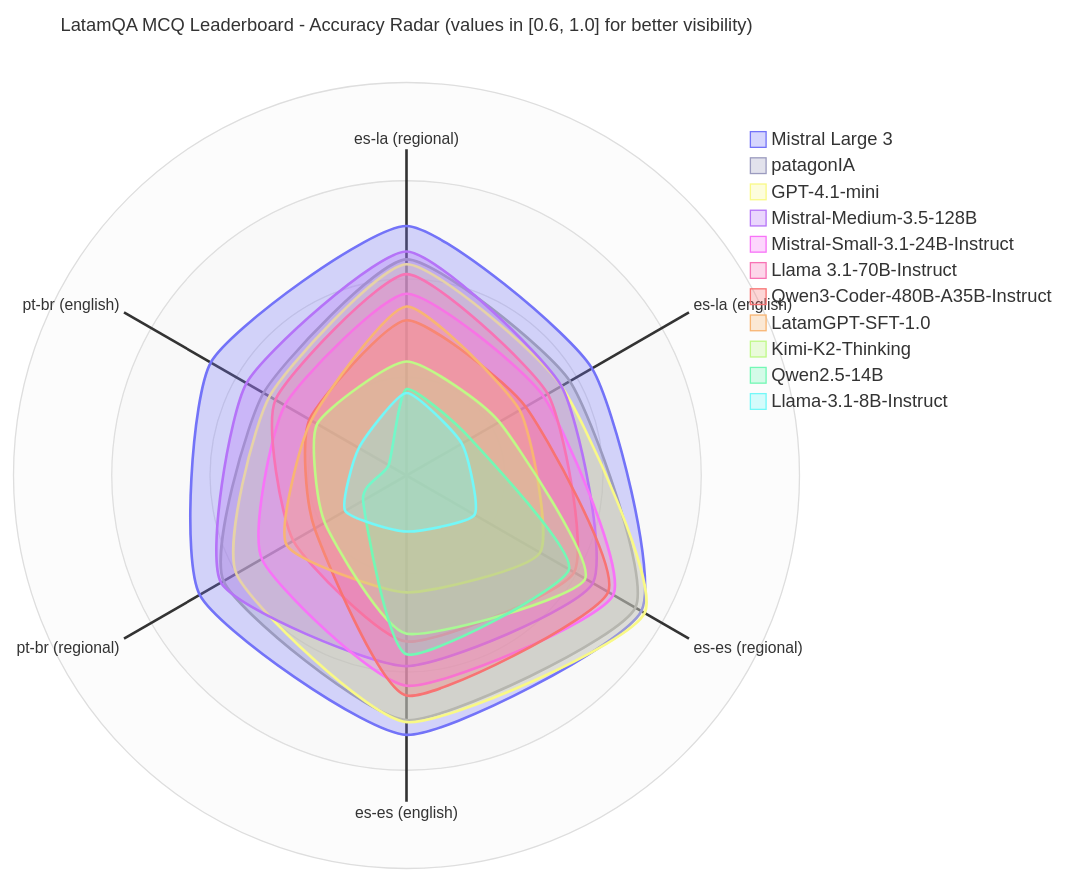
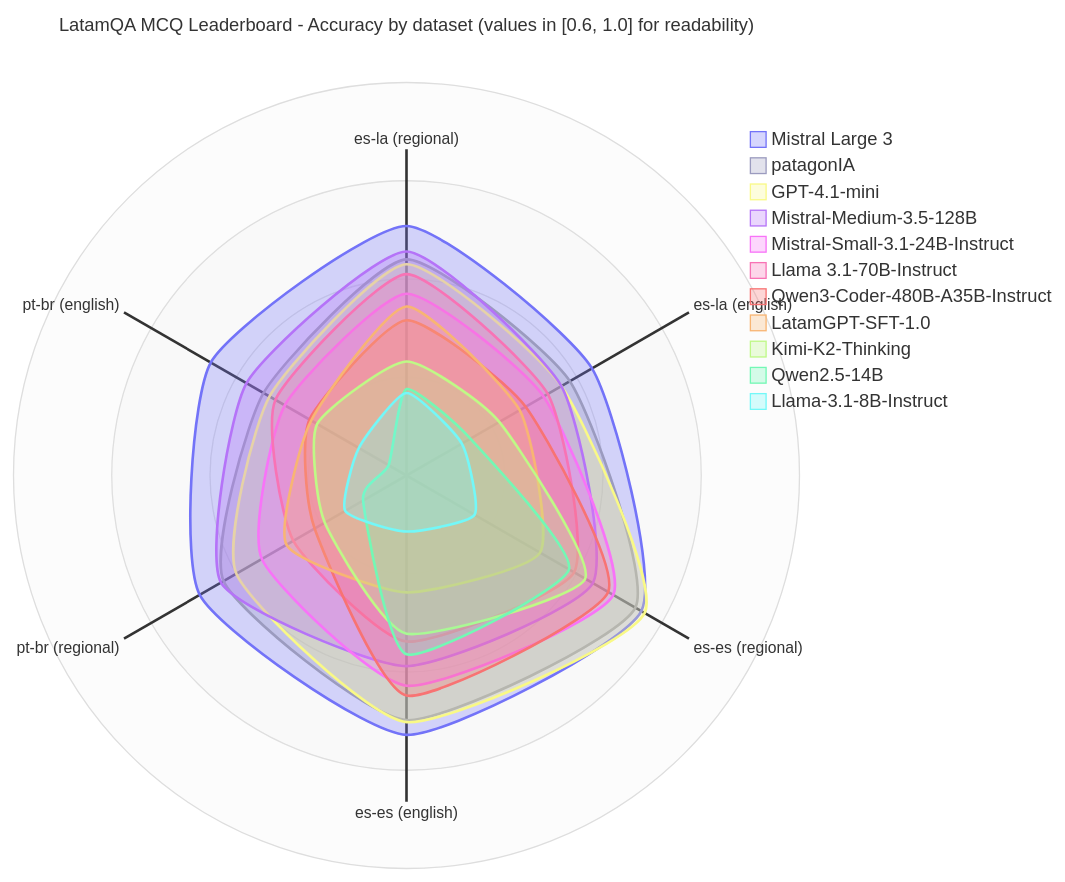
Before and after one commit to Inria-Chile/LatamQA: the diagram in README.md, drawn with Mermaid. The commit also changed other lines of this file and 2 other files, not shown here.

````diff
--- a/README.md
+++ b/README.md
@@ -42,38 +48,38 @@
 ```mermaid
 ---
-title: LatamQA MCQ Leaderboard - Accuracy Radar (values in [0.6, 1.0] for better visibility)
+title: LatamQA MCQ Leaderboard - Accuracy by dataset (values in [0.6, 1.0] for readability)
 config:
   width: 740
   height: 740
   theme: neo
   themeVariables:
     radar:
       curveOpacity: 0.29
       graticuleOpacity: 0.11
       legendBoxSize: 150
       legendFontSize: 11pt
   radar:
       axisScaleFactor: 0.83
       axisLabelFactor: 0.83
       axisLabelFontSize: 11pt
       curveTension: 0.092
 ---
 radar-beta
   axis a0["es-la (regional)"], a1["es-la (english)"], a2["es-es (regional)"], a3["es-es (english)"], a4["pt-br (regional)"], a5["pt-br (english)"]
   curve c0["Mistral Large 3"]{0.854, 0.818, 0.876, 0.864, 0.843, 0.830}
   curve c1["patagonIA"]{0.820, 0.792, 0.869, 0.849, 0.815, 0.768}
   curve c2["GPT-4.1-mini"]{0.815, 0.782, 0.880, 0.851, 0.800, 0.761}
   curve c3["Mistral-Medium-3.5-128B"]{0.828, 0.782, 0.819, 0.794, 0.818, 0.788}
   curve c4["Mistral-Small-3.1-24B-Instruct"]{0.785, 0.761, 0.843, 0.814, 0.770, 0.743}
   curve c5["Llama 3.1-70B-Instruct"]{0.805, 0.766, 0.797, 0.769, 0.733, 0.754}
   curve c6["Qwen3-Coder-480B-A35B-Instruct"]{0.758, 0.740, 0.837, 0.824, 0.708, 0.714}
   curve c7["LatamGPT-SFT-1.0"]{0.772, 0.733, 0.757, 0.719, 0.741, 0.712}
   curve c8["Kimi-K2-Thinking"]{0.716, 0.709, 0.810, 0.761, 0.696, 0.705}
   curve c9["Qwen2.5-14B"]{0.688, 0.675, 0.791, 0.782, 0.651, 0.621}
   curve c10["Llama-3.1-8B-Instruct"]{0.684, 0.665, 0.680, 0.657, 0.672, 0.656}
 
   max 1.0
   min 0.6
   ticks 4
   showLegend true
 ```
````
